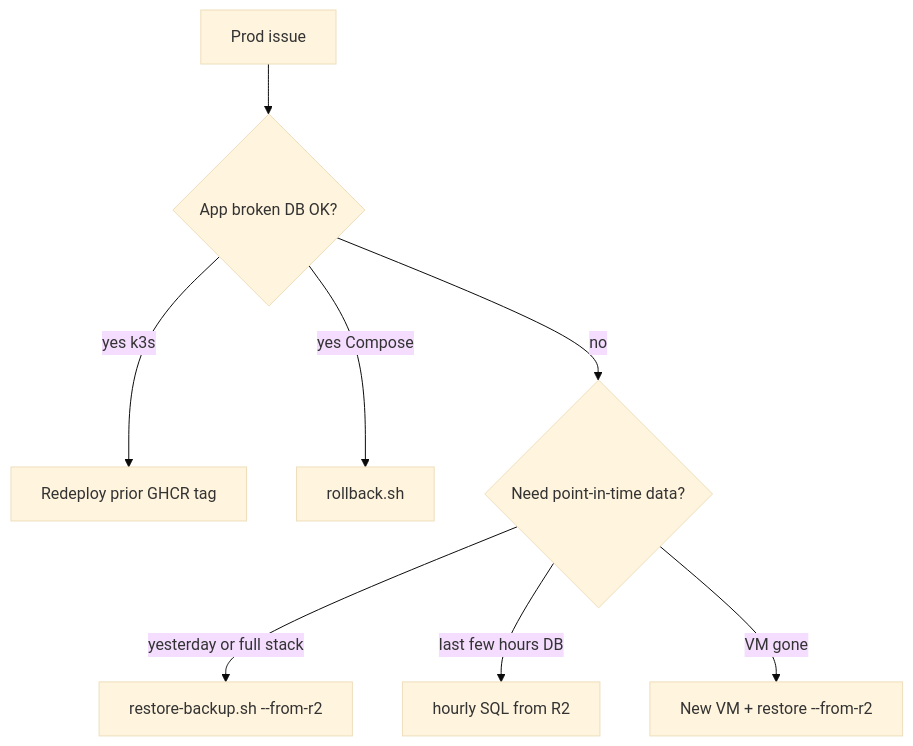
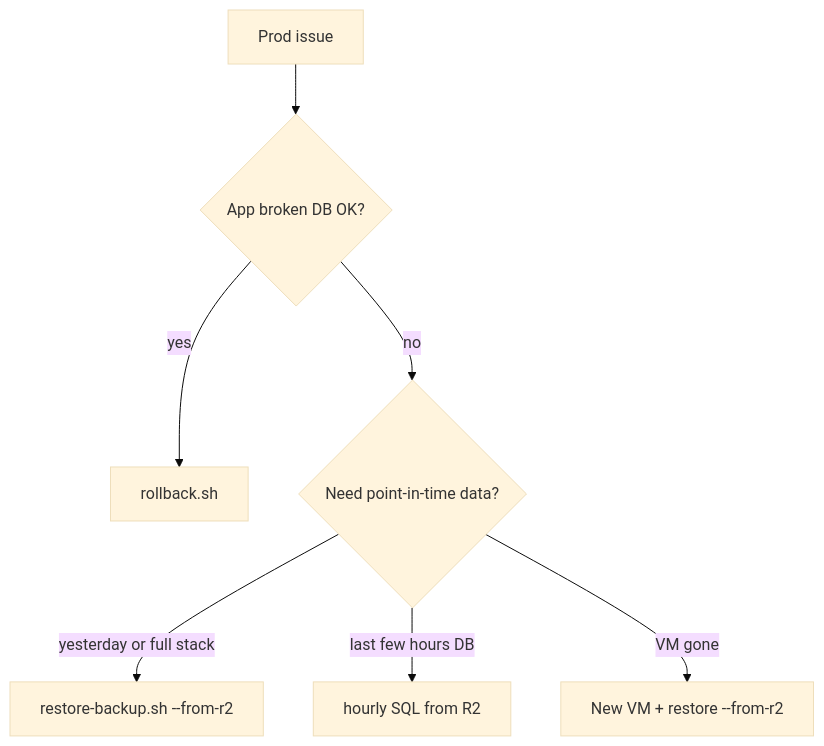
Before and after one commit to ak2hay/cullinos: the diagram in docs/BACKUP_ROLLBACK.md, drawn with Mermaid (base theme). The commit also changed other lines of this file and 57 other files, not shown here.

````diff
--- a/docs/BACKUP_ROLLBACK.md
+++ b/docs/BACKUP_ROLLBACK.md
@@ -45,11 +33,10 @@
 ```mermaid
 flowchart TD
   issue[Prod issue]
   issue --> q1{App broken DB OK?}
-  q1 -->|yes k3s| redeploy[Redeploy prior GHCR tag]
-  q1 -->|yes Compose| rollback[rollback.sh]
+  q1 -->|yes| rollback[rollback.sh]
   q1 -->|no| q2{Need point-in-time data?}
   q2 -->|yesterday or full stack| daily["restore-backup.sh --from-r2"]
   q2 -->|last few hours DB| hourly[hourly SQL from R2]
   q2 -->|VM gone| r2[New VM + restore --from-r2]
 ```
````
